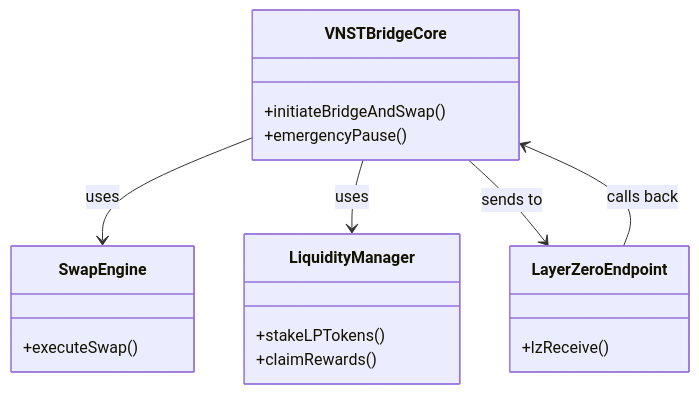
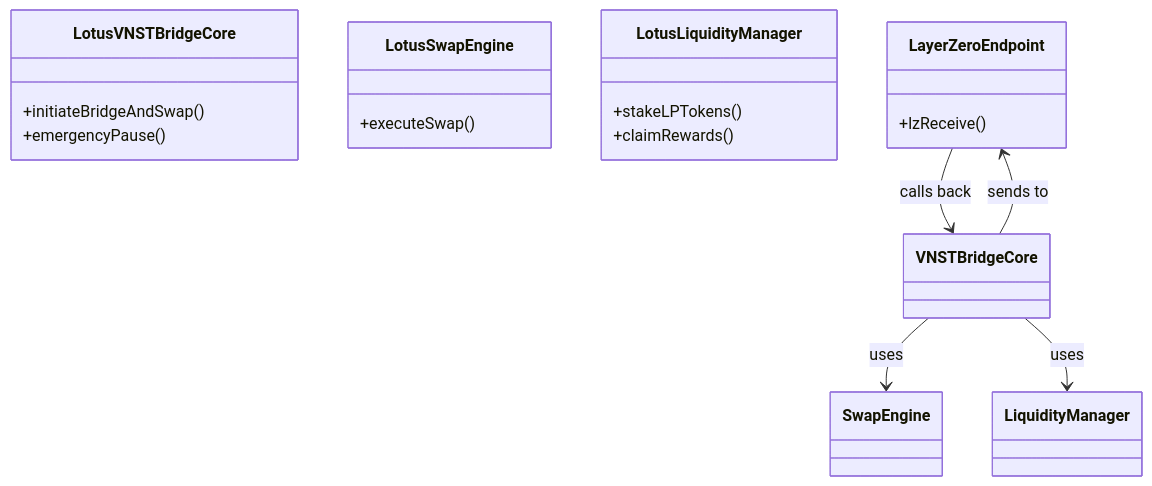
One commit to DxcMint868/lotus-bridge-monorepo changed the eighth of 8 diagrams in architecture.MD. Above: the diagram before and after it, drawn with Mermaid. The commit also changed other lines of this file, not shown here.

````diff
--- a/architecture.MD
+++ b/architecture.MD
@@ -301,22 +444,22 @@
 ```mermaid
 classDiagram
-    class VNSTBridgeCore {
+    class LotusVNSTBridgeCore {
       +initiateBridgeAndSwap()
       +emergencyPause()
     }
-    class SwapEngine {
+    class LotusSwapEngine {
       +executeSwap()
     }
-    class LiquidityManager {
+    class LotusLiquidityManager {
       +stakeLPTokens()
       +claimRewards()
     }
     class LayerZeroEndpoint {
       +lzReceive()
     }
-    
+
     VNSTBridgeCore --> SwapEngine : uses
     VNSTBridgeCore --> LiquidityManager : uses
     VNSTBridgeCore --> LayerZeroEndpoint : sends to
     LayerZeroEndpoint --> VNSTBridgeCore : calls back
 ```
````
